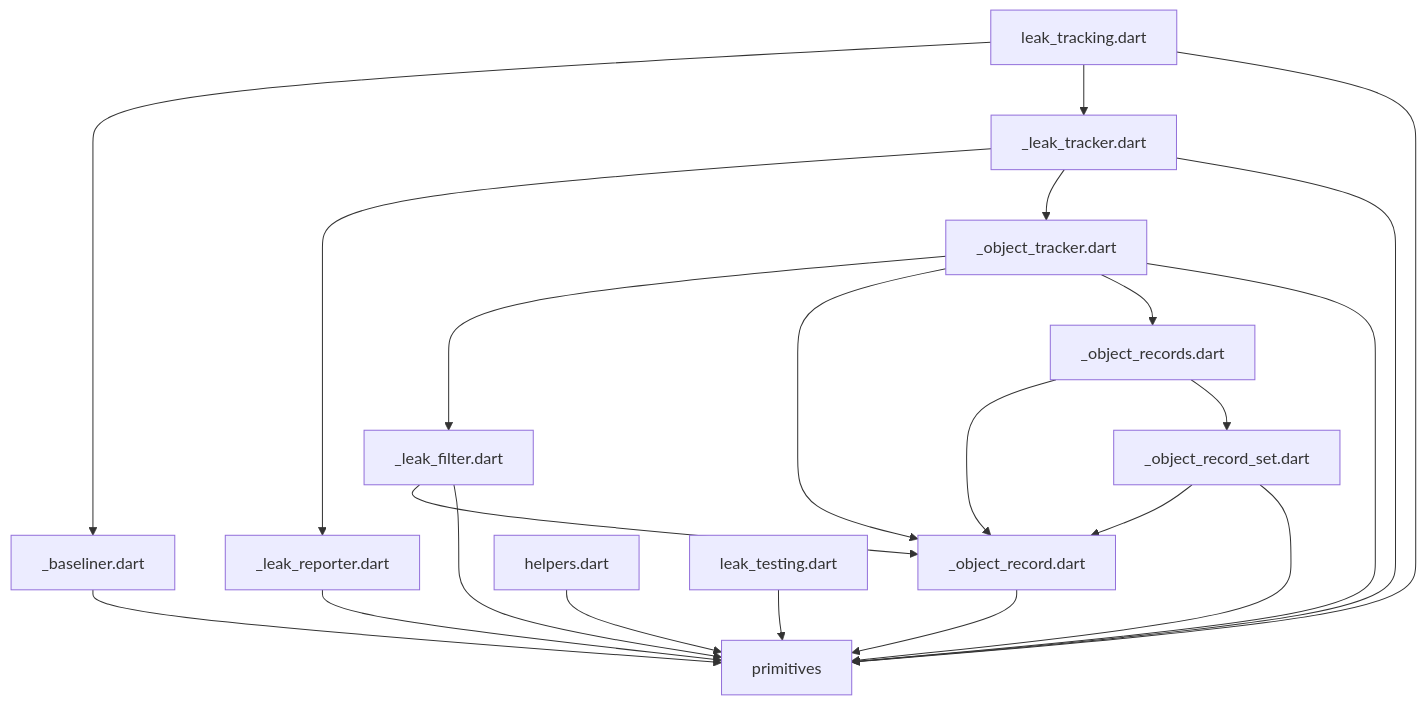
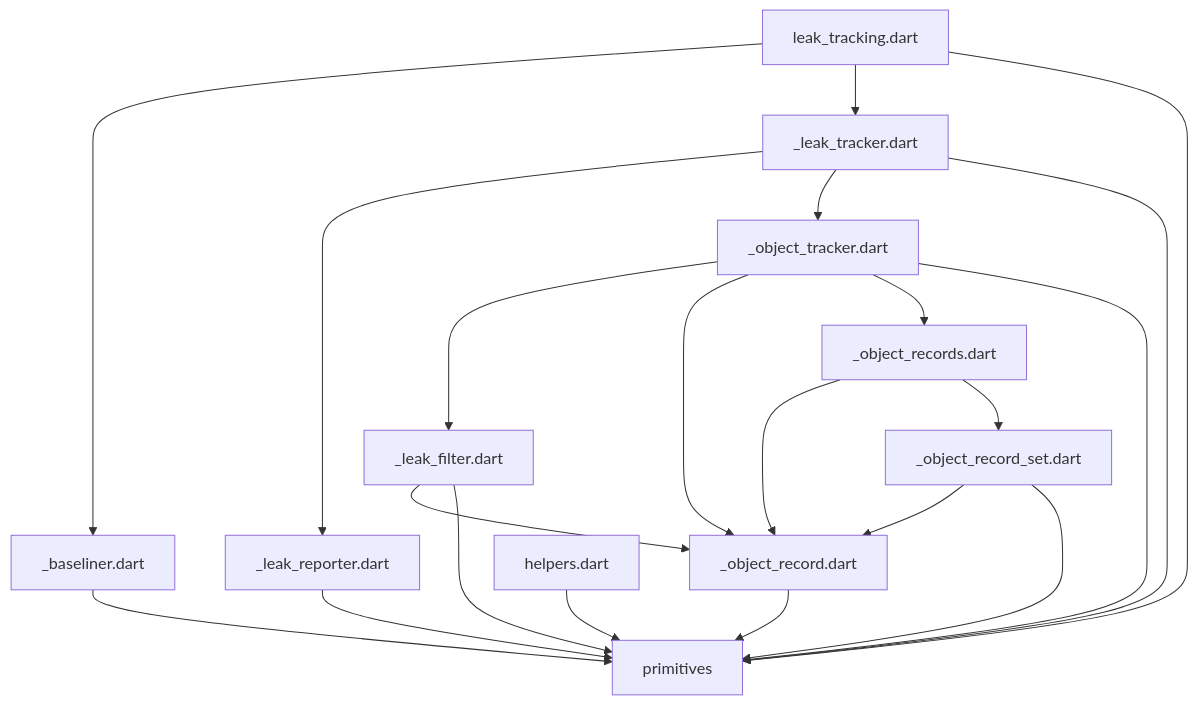
Before and after one commit to dart-lang/leak_tracker: the diagram in pkgs/leak_tracker/lib/src/leak_tracking/DEPENDENCIES.md, drawn with Mermaid. The commit also changed other lines of this file and 16 other files, not shown here.

````diff
--- a/pkgs/leak_tracker/lib/src/leak_tracking/DEPENDENCIES.md
+++ b/pkgs/leak_tracker/lib/src/leak_tracking/DEPENDENCIES.md
@@ -6,24 +6,23 @@
 ```mermaid
 flowchart TD;
 _baseliner.dart-->primitives;
 _leak_filter.dart-->_object_record.dart;
 _leak_filter.dart-->primitives;
 _leak_reporter.dart-->primitives;
 _leak_tracker.dart-->_leak_reporter.dart;
 _leak_tracker.dart-->_object_tracker.dart;
 _leak_tracker.dart-->primitives;
 _object_record.dart-->primitives;
 _object_record_set.dart-->_object_record.dart;
 _object_record_set.dart-->primitives;
 _object_records.dart-->_object_record.dart;
 _object_records.dart-->_object_record_set.dart;
 _object_tracker.dart-->_leak_filter.dart;
 _object_tracker.dart-->_object_record.dart;
 _object_tracker.dart-->_object_records.dart;
 _object_tracker.dart-->primitives;
 helpers.dart-->primitives;
-leak_testing.dart-->primitives;
 leak_tracking.dart-->_baseliner.dart;
 leak_tracking.dart-->_leak_tracker.dart;
 leak_tracking.dart-->primitives;
 ```
````
